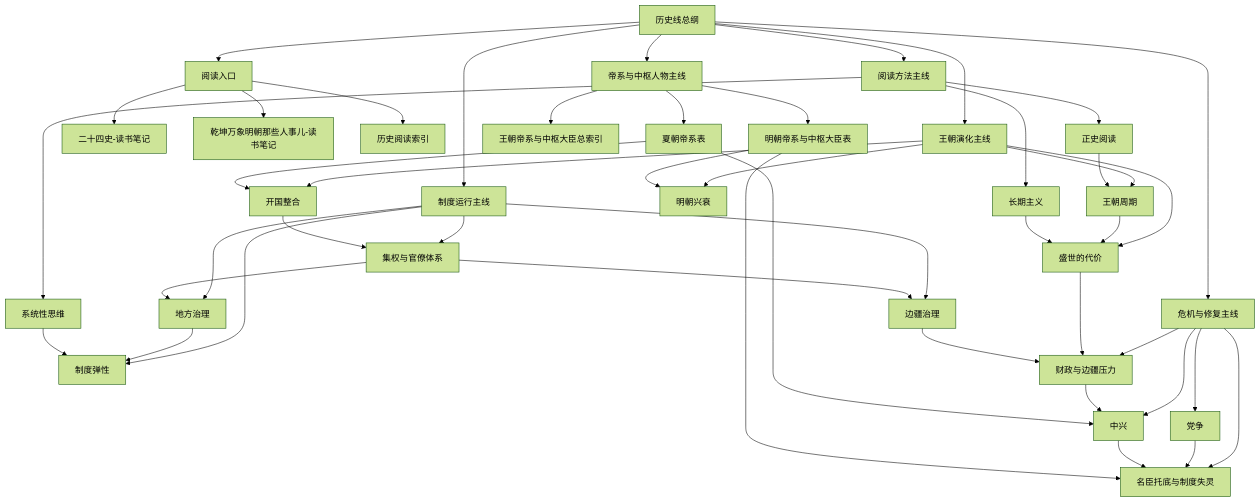
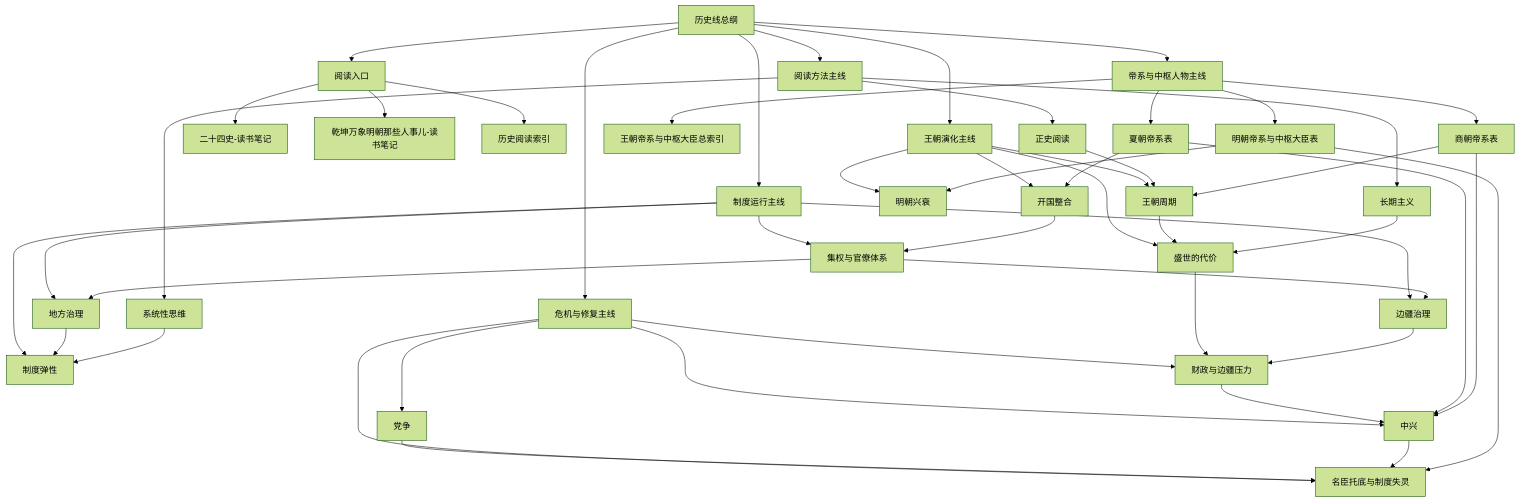
One commit to zhuguang-ZFG/reading changed the diagram in 历史线总纲.md. Above: the diagram before and after it, drawn with Mermaid (forest theme). The commit also changed other lines of this file and 4 other files, not shown here.

````diff
--- a/历史线总纲.md
+++ b/历史线总纲.md
@@ -23,56 +23,59 @@
 ```mermaid
 flowchart TD
     A[历史线总纲]
 
     A --> B[阅读入口]
     A --> C[王朝演化主线]
     A --> D[制度运行主线]
     A --> E[危机与修复主线]
     A --> F[阅读方法主线]
     A --> G[帝系与中枢人物主线]
 
     B --> B1[二十四史-读书笔记]
     B --> B2[乾坤万象明朝那些人事儿-读书笔记]
     B --> B3[历史阅读索引]
 
     C --> C1[开国整合]
     C --> C2[王朝周期]
     C --> C3[盛世的代价]
     C --> C4[明朝兴衰]
 
     D --> D1[集权与官僚体系]
     D --> D2[地方治理]
     D --> D3[边疆治理]
     D --> D4[制度弹性]
 
     E --> E1[财政与边疆压力]
     E --> E2[党争]
     E --> E3[中兴]
     E --> E4[名臣托底与制度失灵]
 
     F --> F1[正史阅读]
     F --> F2[系统性思维]
     F --> F3[长期主义]
 
     G --> G1[王朝帝系与中枢大臣总索引]
     G --> G2[夏朝帝系表]
-    G --> G3[明朝帝系与中枢大臣表]
+    G --> G3[商朝帝系表]
+    G --> G4[明朝帝系与中枢大臣表]
 
     C1 --> D1
     C2 --> C3
     C3 --> E1
     D1 --> D2
     D1 --> D3
     D2 --> D4
     D3 --> E1
     E1 --> E3
     E2 --> E4
     E3 --> E4
     F1 --> C2
     F2 --> D4
     F3 --> C3
     G2 --> C1
     G2 --> E3
-    G3 --> C4
-    G3 --> E4
+    G3 --> C2
+    G3 --> E3
+    G4 --> C4
+    G4 --> E4
 ```
````
